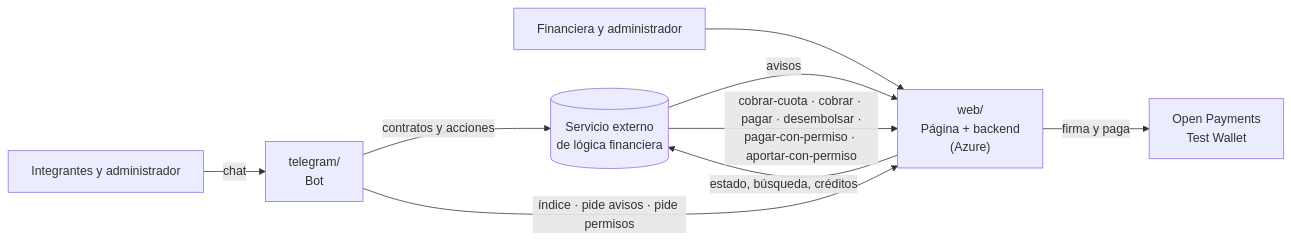
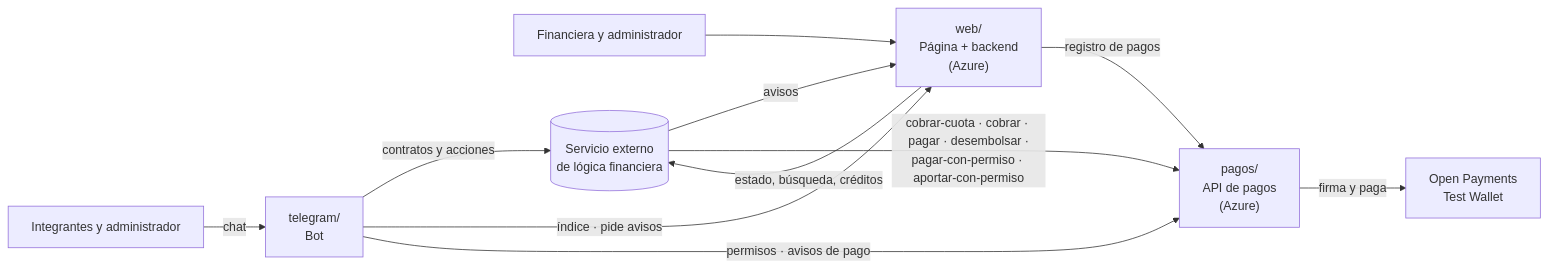
Before and after one commit to fintechfy-dev/openpayments-fintechfy: the diagram in docs/plan-de-trabajo.md, drawn with Mermaid. The commit also changed other lines of this file and 9 other files, not shown here.

First line of the commit message:
#4: mapas alineados con la API de pagos en pagos/

````diff
--- a/docs/plan-de-trabajo.md
+++ b/docs/plan-de-trabajo.md
@@ -11,11 +11,13 @@
 ```mermaid
 flowchart LR
   P["Integrantes y administrador"] -->|chat| BOT["telegram/<br/>Bot"]
   F["Financiera y administrador"] --> WEB["web/<br/>Página + backend<br/>(Azure)"]
   BOT -->|contratos y acciones| EXT[("Servicio externo<br/>de lógica financiera")]
   WEB -->|estado, búsqueda, créditos| EXT
   EXT -->|avisos| WEB
-  BOT -->|índice · pide avisos · pide permisos| WEB
-  EXT -->|cobrar-cuota · cobrar · pagar · desembolsar ·<br/>pagar-con-permiso · aportar-con-permiso| WEB
-  WEB -->|firma y paga| OP["Open Payments<br/>Test Wallet"]
+  BOT -->|índice · pide avisos| WEB
+  EXT -->|cobrar-cuota · cobrar · pagar · desembolsar ·<br/>pagar-con-permiso · aportar-con-permiso| PAG["pagos/<br/>API de pagos<br/>(Azure)"]
+  BOT -->|permisos · avisos de pago| PAG
+  WEB -->|registro de pagos| PAG
+  PAG -->|firma y paga| OP["Open Payments<br/>Test Wallet"]
 ```
````
